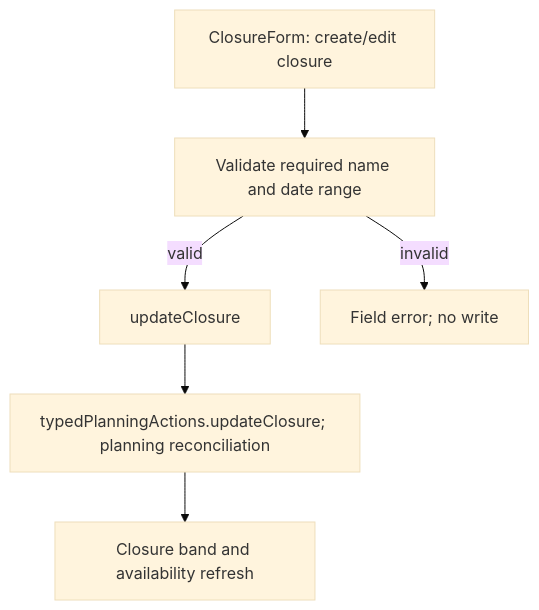
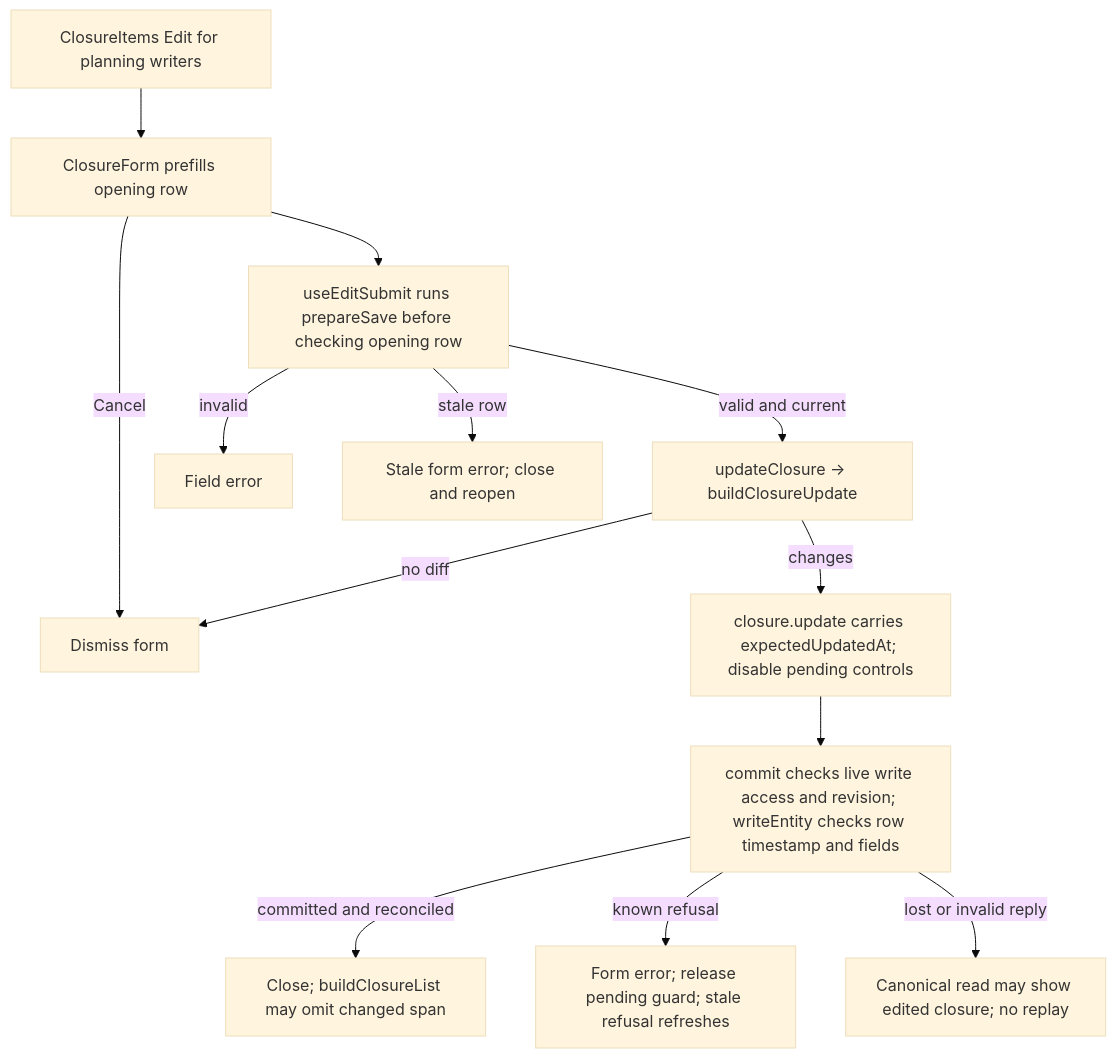
The second of 2 diagrams in user-stories/time-off/US-TOF-08-edit-company-closure.md (Kevinjohn/capacitylens), drawn with Mermaid (base theme) before and after one commit. The commit also changed other lines of this file and 172 other files, not shown here.

Commit message:
docs: reconcile user story code flows with source

````diff
--- a/user-stories/time-off/US-TOF-08-edit-company-closure.md
+++ b/user-stories/time-off/US-TOF-08-edit-company-closure.md
@@ -44,8 +44,15 @@
 ```mermaid
 flowchart TD
-  A["ClosureForm: create/edit closure"] --> B["Validate required name and date range"]
-  B -->|valid| C["updateClosure"]
-  B -->|invalid| D["Field error; no write"]
-  C --> E["typedPlanningActions.updateClosure; planning reconciliation"]
-  E --> F["Closure band and availability refresh"]
+  Row["ClosureItems Edit for planning writers"] --> Form["ClosureForm prefills opening row"]
+  Form -->|Cancel| Close["Dismiss form"]
+  Form --> Check["useEditSubmit runs prepareSave before checking opening row"]
+  Check -->|invalid| Field["Field error"]
+  Check -->|stale row| Stale["Stale form error; close and reopen"]
+  Check -->|valid and current| Diff["updateClosure → buildClosureUpdate"]
+  Diff -->|no diff| Close
+  Diff -->|changes| Send["closure.update carries expectedUpdatedAt; disable pending controls"]
+  Send --> Commit["commit checks live write access and revision; writeEntity checks row timestamp and fields"]
+  Commit -->|committed and reconciled| List["Close; buildClosureList may omit changed span"]
+  Commit -->|known refusal| Error["Form error; release pending guard; stale refusal refreshes"]
+  Commit -->|lost or invalid reply| Unknown["Canonical read may show edited closure; no replay"]
 ```
````
